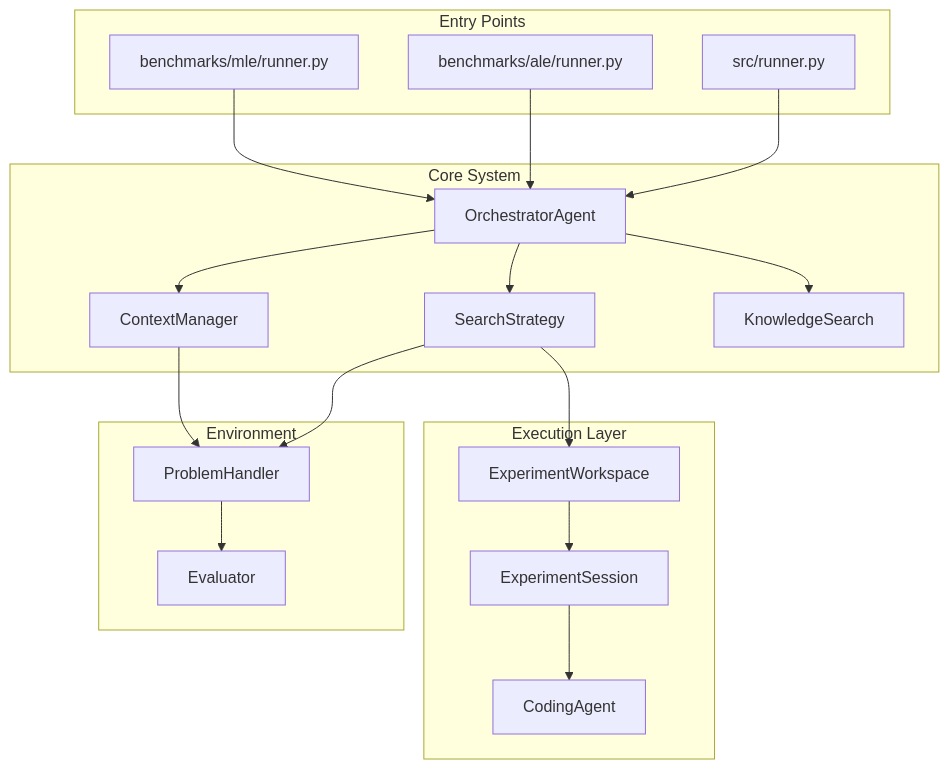
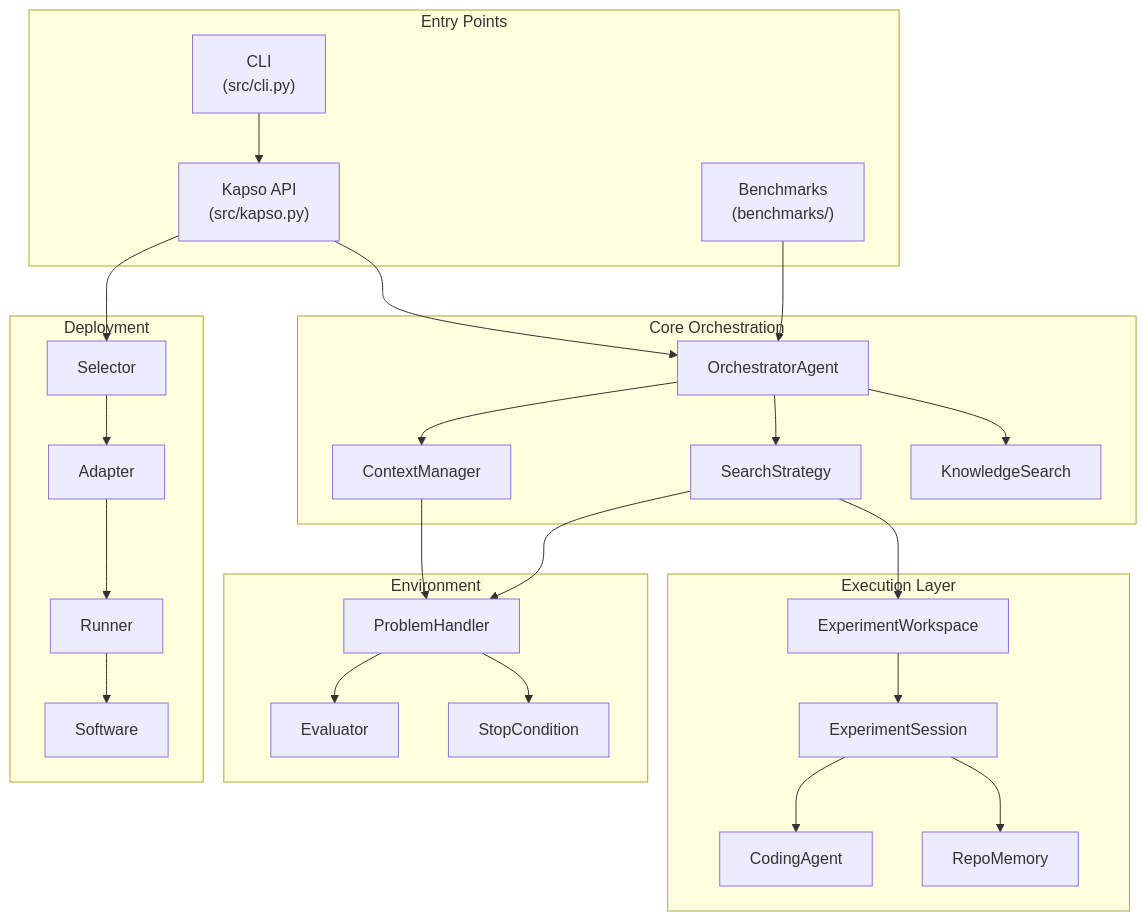
Before and after one commit to Leeroo-AI/kapso: the first of 2 diagrams in docs/concepts/architecture.mdx, drawn with Mermaid. The commit also changed other lines of this file and 29 other files, not shown here.

````diff
--- a/docs/concepts/architecture.mdx
+++ b/docs/concepts/architecture.mdx
@@ -10,42 +10,58 @@
 ```mermaid
 flowchart TB
     subgraph Entry["Entry Points"]
-        MLE["benchmarks/mle/runner.py"]
-        ALE["benchmarks/ale/runner.py"]
-        GEN["src/runner.py"]
+        API["Kapso API\n(src/kapso.py)"]
+        CLI["CLI\n(src/cli.py)"]
+        BENCH["Benchmarks\n(benchmarks/)"]
     end
 
-    subgraph Core["Core System"]
+    subgraph Core["Core Orchestration"]
         ORCH["OrchestratorAgent"]
         STRAT["SearchStrategy"]
         CTX["ContextManager"]
         KS["KnowledgeSearch"]
     end
 
     subgraph Execution["Execution Layer"]
         WS["ExperimentWorkspace"]
         SESS["ExperimentSession"]
         AGENT["CodingAgent"]
+        REPO["RepoMemory"]
     end
 
     subgraph Env["Environment"]
         HAND["ProblemHandler"]
         EVAL["Evaluator"]
+        STOP["StopCondition"]
     end
 
-    MLE --> ORCH
-    ALE --> ORCH
-    GEN --> ORCH
+    subgraph Deploy["Deployment"]
+        SEL["Selector"]
+        ADAPT["Adapter"]
+        RUN["Runner"]
+        SOFT["Software"]
+    end
+
+    API --> ORCH
+    CLI --> API
+    BENCH --> ORCH
 
     ORCH --> STRAT
     ORCH --> CTX
     ORCH --> KS
 
     STRAT --> WS
     WS --> SESS
     SESS --> AGENT
+    SESS --> REPO
 
     CTX --> HAND
     STRAT --> HAND
     HAND --> EVAL
+    HAND --> STOP
+
+    API --> SEL
+    SEL --> ADAPT
+    ADAPT --> RUN
+    RUN --> SOFT
 ```
````
